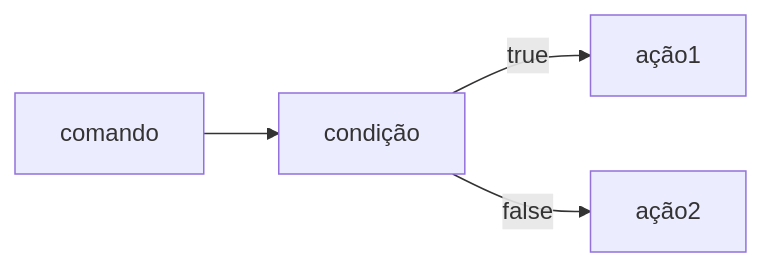
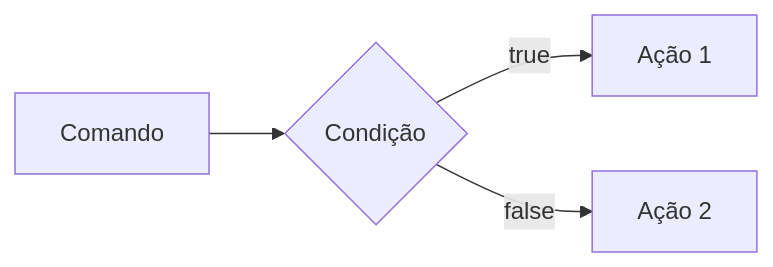
The third of 8 diagrams in README.md (evelynmunhoz/backend), drawn with Mermaid before and after one commit. The commit also changed other lines of this file and 12 other files, not shown here.

````diff
--- a/README.md
+++ b/README.md
@@ -227,9 +231,9 @@
 ```mermaid
 
-graph LR 
+graph LR
 
-    A[comando] --> B[condição] 
-    B --> |true| C[ação1]
-    B --> |false| D[ação2]
+    A[Comando] --> B{Condição}
+    B --> |true| C[Ação 1]
+    B --> |false| D[Ação 2]
 
 ```
````
